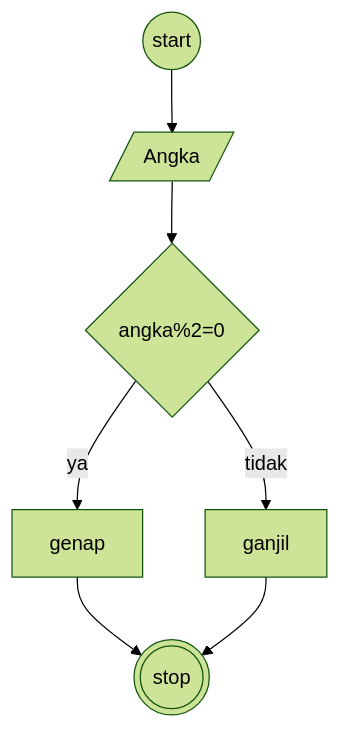
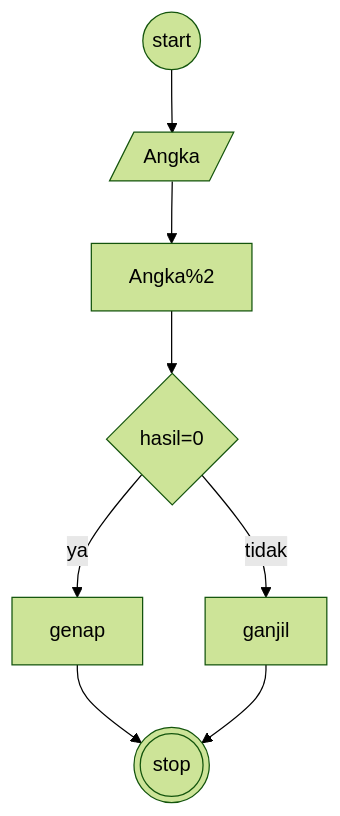
One commit to hilmy07/koda-b4-algoritma changed the diagram in minitask4.md. Above: the diagram before and after it, drawn with Mermaid (forest theme).

````diff
--- a/minitask4.md
+++ b/minitask4.md
@@ -3,11 +3,12 @@
 ```mermaid
 flowchart TD;
 
 strt((start))-->a[/Angka/];
-a[/Angka/]-->dcs{angka%2=0};
-dcs{angka%2=0}--ya-->genap;
-dcs{angka%2=0}--tidak-->ganjil;
+a[/Angka/]-->Angka%2;
+Angka%2-->dcs{hasil=0};
+dcs{hasil=0}--ya-->genap;
+dcs{hasil=0}--tidak-->ganjil;
 genap-->stp(((stop)));
 ganjil-->stp(((stop)));
 
 ```
````
